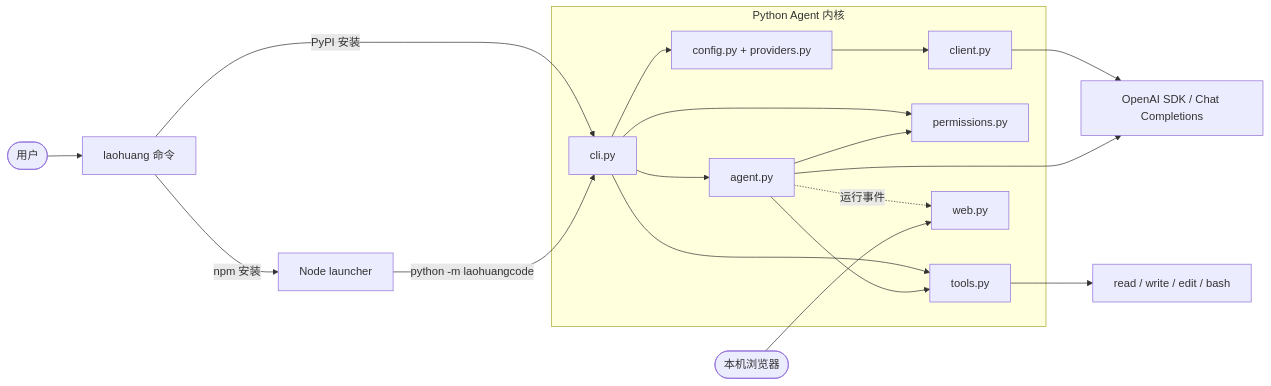
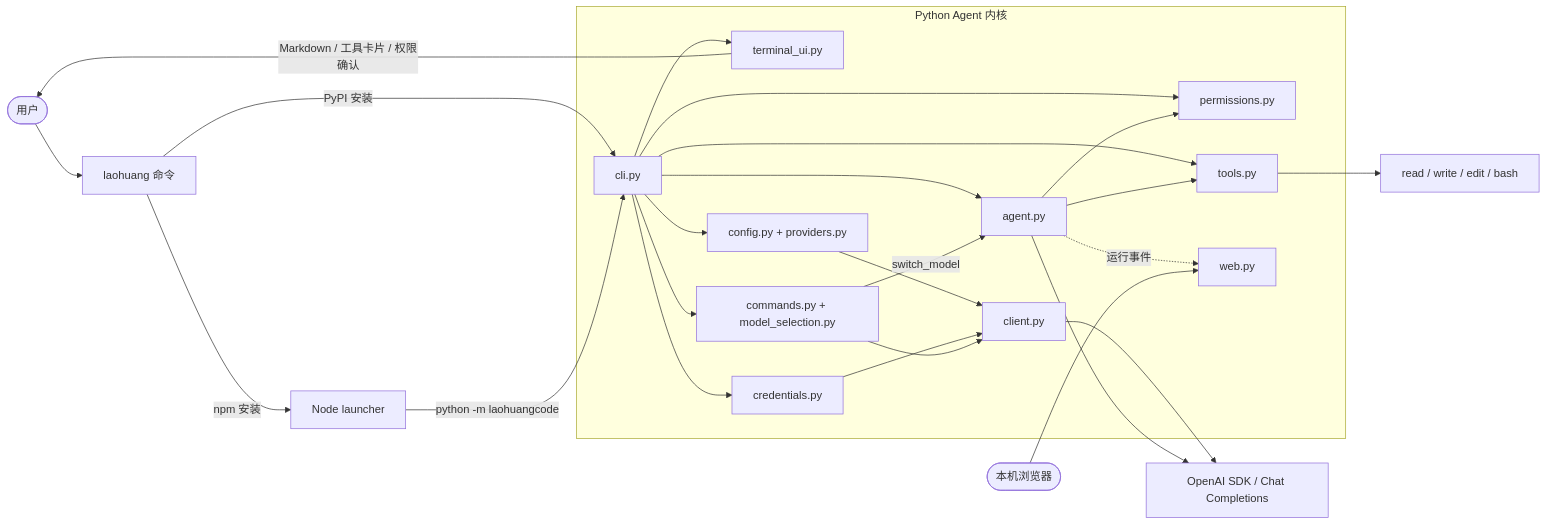
The first of 2 diagrams in docs/architecture.md (hxr223/laoHuangCode), drawn with Mermaid before and after one commit. The commit also changed other lines of this file and 30 other files, not shown here.

````diff
--- a/docs/architecture.md
+++ b/docs/architecture.md
@@ -48,23 +51,30 @@
 ```mermaid
 flowchart LR
     User([用户]) --> Entry["laohuang 命令"]
     Entry -->|PyPI 安装| CLI["cli.py"]
     Entry -->|npm 安装| Launcher["Node launcher"]
     Launcher -->|python -m laohuangcode| CLI
 
     subgraph Core["Python Agent 内核"]
+        CLI --> TUI["terminal_ui.py"]
         CLI --> Profiles["config.py + providers.py"]
+        CLI --> Secrets["credentials.py"]
+        CLI --> Commands["commands.py + model_selection.py"]
         Profiles --> Client["client.py"]
+        Secrets --> Client
+        Commands --> Client
         CLI --> Agent["agent.py"]
+        Commands -->|switch_model| Agent
         CLI --> Gate["permissions.py"]
         CLI --> Registry["tools.py"]
         Agent --> Gate
         Agent --> Registry
         Agent -.运行事件.-> Web["web.py"]
     end
 
+    TUI -->|Markdown / 工具卡片 / 权限确认| User
     Client --> SDK["OpenAI SDK / Chat Completions"]
     Agent --> SDK
     Registry --> Tools["read / write / edit / bash"]
     Browser([本机浏览器]) --> Web
 ```
````
